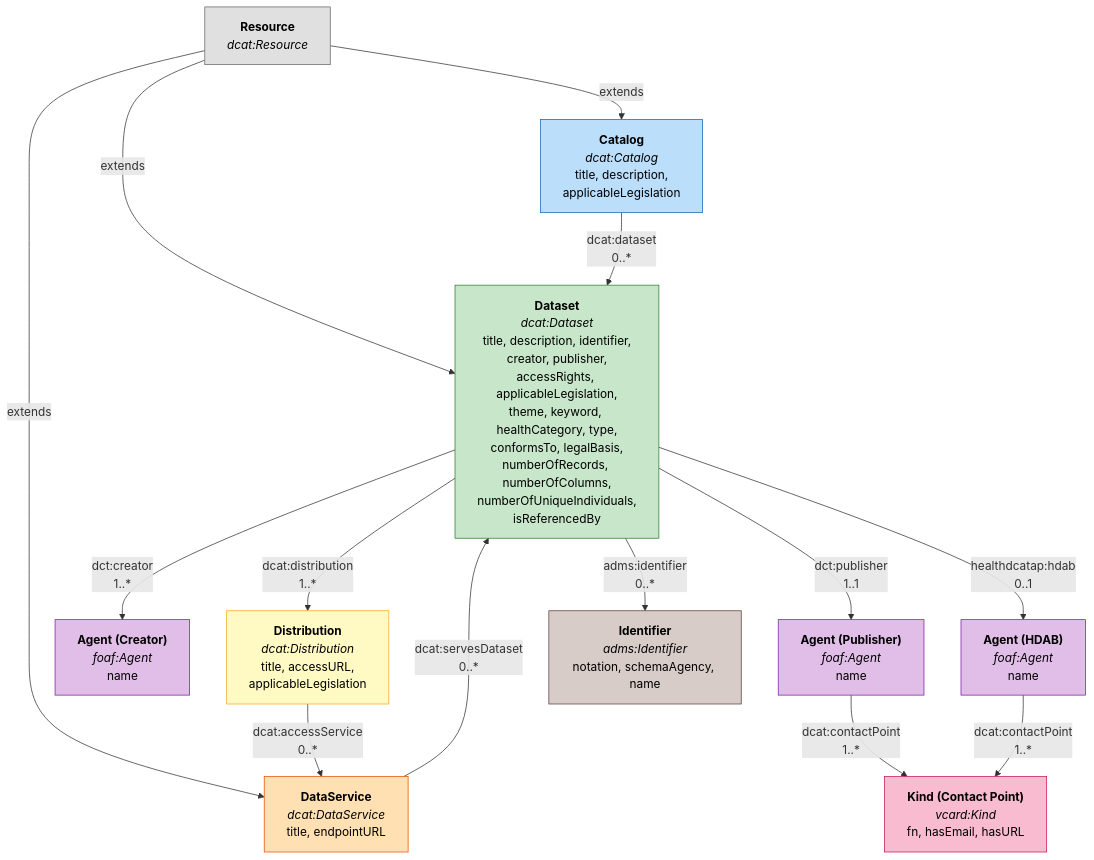
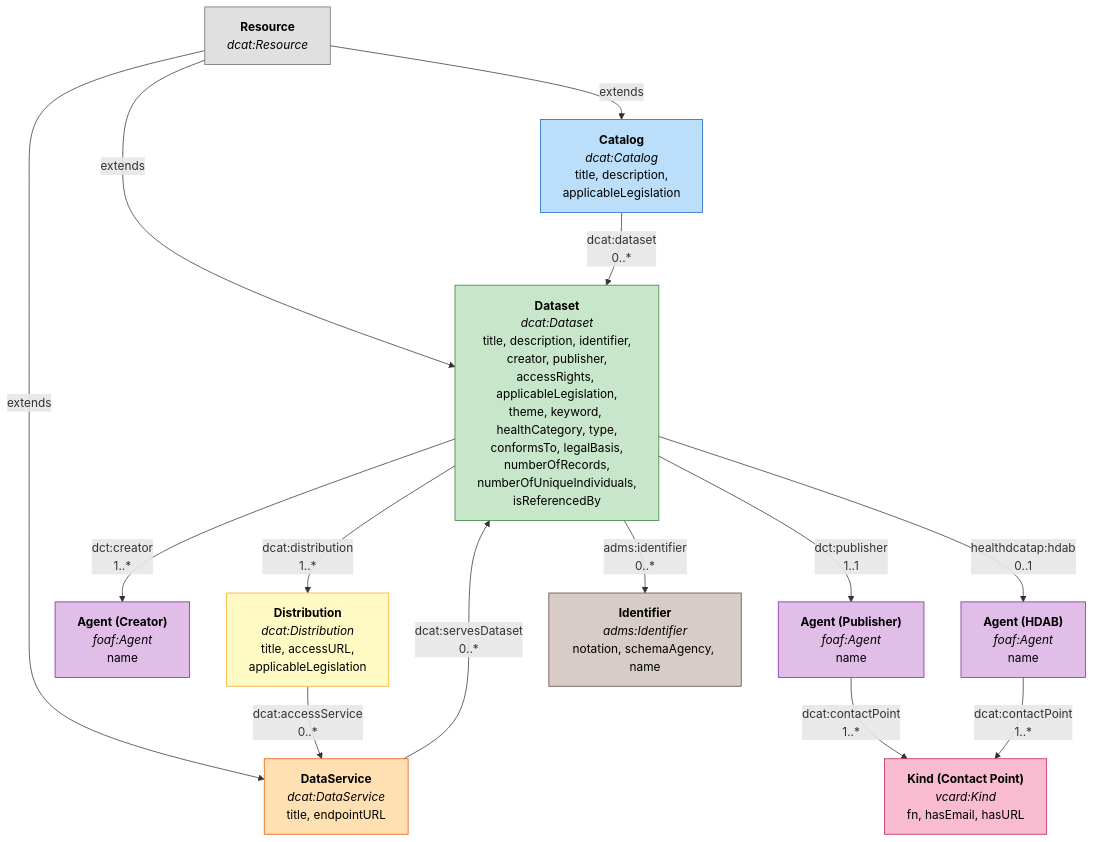
One commit to GenomicDataInfrastructure/gdi-metadata changed the diagram in Documentation/gdi-metadata-overview.md. Above: the diagram before and after it, drawn with Mermaid. The commit also changed other lines of this file and 2 other files, not shown here.

Commit message:
Remove number of columns

````diff
--- a/Documentation/gdi-metadata-overview.md
+++ b/Documentation/gdi-metadata-overview.md
@@ -11,44 +11,44 @@
 ```mermaid
 graph TD
     Resource["<b>Resource</b><br/><i>dcat:Resource</i>"]
 
     Catalog["<b>Catalog</b><br/><i>dcat:Catalog</i><br/>title, description,<br/>applicableLegislation"]
-    Dataset["<b>Dataset</b><br/><i>dcat:Dataset</i><br/>title, description, identifier,<br/>creator, publisher,<br/>accessRights, applicableLegislation,<br/>theme, keyword, healthCategory, type,<br/>conformsTo, legalBasis,<br/>numberOfRecords, numberOfColumns,<br/>numberOfUniqueIndividuals,<br/>isReferencedBy"]
+    Dataset["<b>Dataset</b><br/><i>dcat:Dataset</i><br/>title, description, identifier,<br/>creator, publisher,<br/>accessRights, applicableLegislation,<br/>theme, keyword, healthCategory, type,<br/>conformsTo, legalBasis,<br/>numberOfRecords,<br/>numberOfUniqueIndividuals,<br/>isReferencedBy"]
     DataService["<b>DataService</b><br/><i>dcat:DataService</i><br/>title, endpointURL"]
 
     Distribution["<b>Distribution</b><br/><i>dcat:Distribution</i><br/>title, accessURL,<br/>applicableLegislation"]
 
     AgentCreator["<b>Agent (Creator)</b><br/><i>foaf:Agent</i><br/>name"]
     AgentPublisher["<b>Agent (Publisher)</b><br/><i>foaf:Agent</i><br/>name"]
     AgentHDAB["<b>Agent (HDAB)</b><br/><i>foaf:Agent</i><br/>name"]
     Kind["<b>Kind (Contact Point)</b><br/><i>vcard:Kind</i><br/>fn, hasEmail, hasURL"]
     Identifier["<b>Identifier</b><br/><i>adms:Identifier</i><br/>notation, schemaAgency, name"]
 
     Resource -->|"extends"| Catalog
     Resource -->|"extends"| Dataset
     Resource -->|"extends"| DataService
 
     Catalog -->|"dcat:dataset<br/>0..*"| Dataset
     Dataset -->|"dcat:distribution<br/>1..*"| Distribution
     Dataset -->|"dct:creator<br/>1..*"| AgentCreator
     Dataset -->|"dct:publisher<br/>1..1"| AgentPublisher
     Dataset -->|"healthdcatap:hdab<br/>0..1"| AgentHDAB
     Dataset -->|"adms:identifier<br/>0..*"| Identifier
 
     Distribution -->|"dcat:accessService<br/>0..*"| DataService
     DataService -->|"dcat:servesDataset<br/>0..*"| Dataset
 
     AgentPublisher -->|"dcat:contactPoint<br/>1..*"| Kind
     AgentHDAB -->|"dcat:contactPoint<br/>1..*"| Kind
 
     style Resource fill:#e0e0e0,stroke:#666,color:#000
     style Catalog fill:#bbdefb,stroke:#1565c0,color:#000
     style Dataset fill:#c8e6c9,stroke:#2e7d32,color:#000
     style Distribution fill:#fff9c4,stroke:#f9a825,color:#000
     style DataService fill:#ffe0b2,stroke:#e65100,color:#000
     style AgentCreator fill:#e1bee7,stroke:#7b1fa2,color:#000
     style AgentPublisher fill:#e1bee7,stroke:#7b1fa2,color:#000
     style AgentHDAB fill:#e1bee7,stroke:#7b1fa2,color:#000
     style Kind fill:#f8bbd0,stroke:#c2185b,color:#000
     style Identifier fill:#d7ccc8,stroke:#5d4037,color:#000
 ```
````
